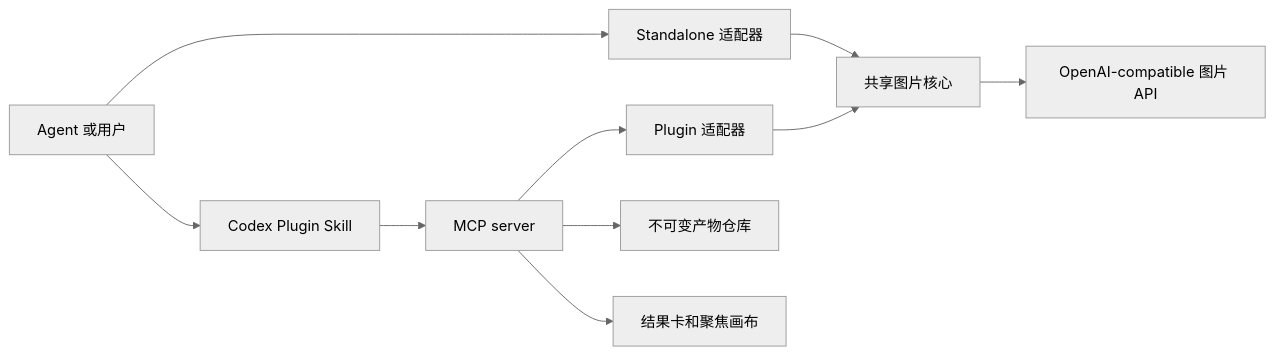
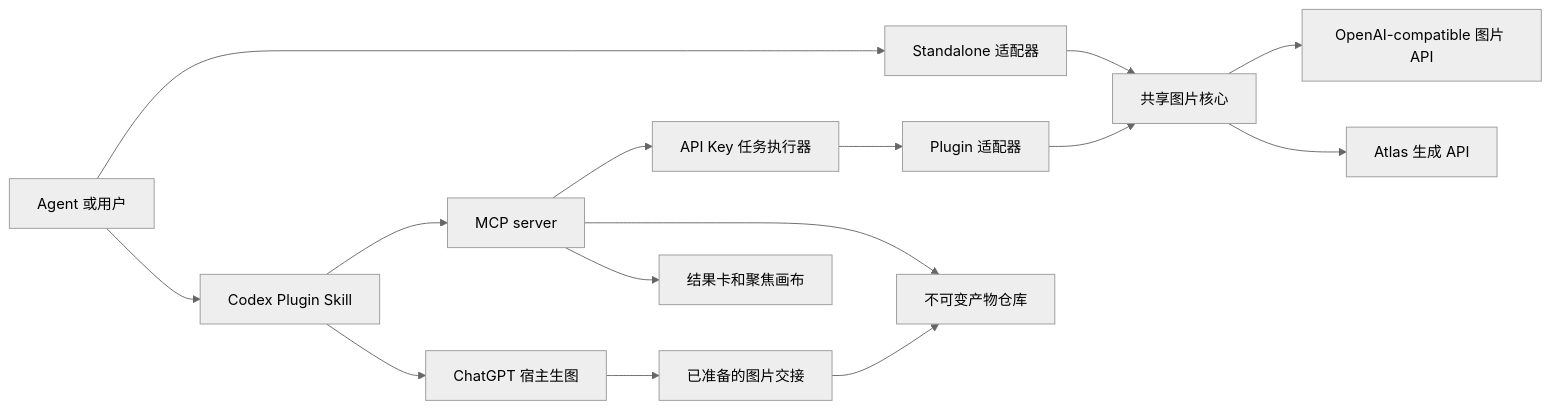
The diagram in docs/arch.zh-CN.md (Syh1906/openai-compatible-imagegen), drawn with Mermaid (neutral theme) before and after one commit. The commit also changed other lines of this file and 75 other files, not shown here.

````diff
--- a/docs/arch.zh-CN.md
+++ b/docs/arch.zh-CN.md
@@ -24,12 +24,17 @@
 ```mermaid
 flowchart LR
     Agent[Agent 或用户] --> Standalone[Standalone 适配器]
     Agent --> Plugin[Codex Plugin Skill]
     Plugin --> MCP[MCP server]
-    MCP --> Runtime[Plugin 适配器]
+    MCP --> Jobs[API Key 任务执行器]
+    Jobs --> Runtime[Plugin 适配器]
     Standalone --> Core[共享图片核心]
     Runtime --> Core
     Core --> Provider[OpenAI-compatible 图片 API]
+    Core --> Atlas[Atlas 生成 API]
+    Plugin --> Host[ChatGPT 宿主生图]
+    Host --> Handoff[已准备的图片交接]
+    Handoff --> Repository
     MCP --> Repository[不可变产物仓库]
     MCP --> Widget[结果卡和聚焦画布]
 ```
````
